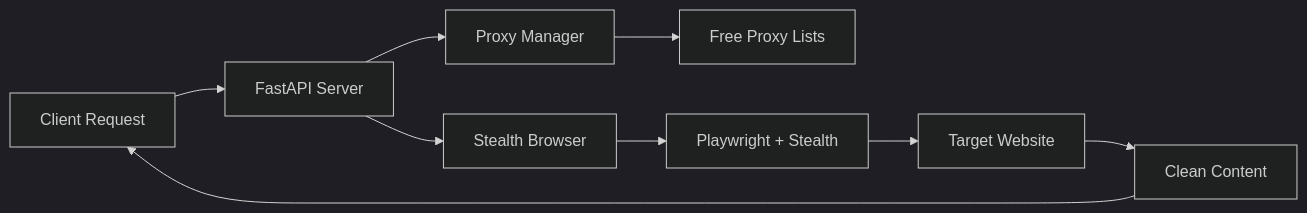
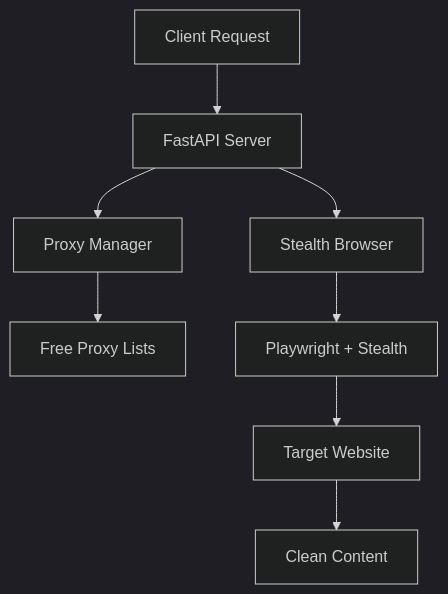
One commit to ColomboAI-com/surenav changed the diagram in README.md. Above: the diagram before and after it, drawn with Mermaid (dark theme).

````diff
--- a/README.md
+++ b/README.md
@@ -67,11 +67,10 @@
 ```mermaid
-graph LR
+graph TD
     A[Client Request] --> B[FastAPI Server]
     B --> C[Proxy Manager]
     C --> D[Free Proxy Lists]
     B --> E[Stealth Browser]
     E --> F[Playwright + Stealth]
     F --> G[Target Website]
     G --> H[Clean Content]
-    H --> A
 ```
````
